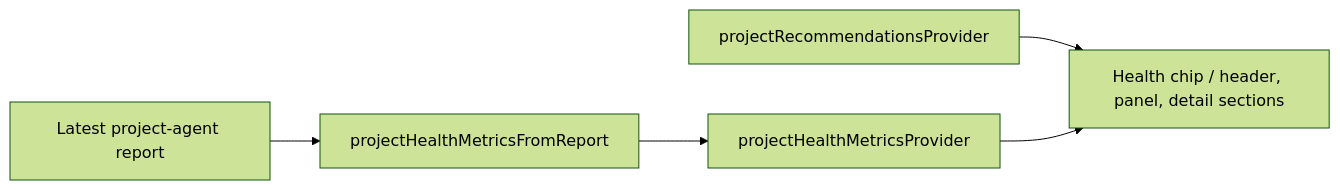
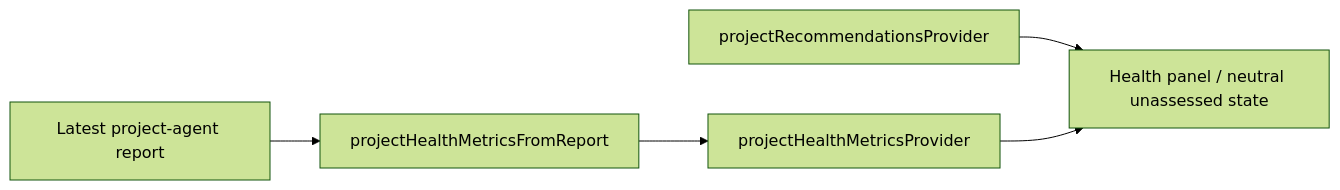
The fourth of 5 diagrams in knowledge/features/projects.md (matthiasn/lotti), drawn with Mermaid (forest theme) before and after one commit. The commit also changed other lines of this file and 67 other files, not shown here.

````diff
--- a/knowledge/features/projects.md
+++ b/knowledge/features/projects.md
@@ -182,7 +195,7 @@
 ```mermaid
 flowchart LR
   Report["Latest project-agent report"] --> Metrics["projectHealthMetricsFromReport"]
   Metrics --> HealthProv["projectHealthMetricsProvider"]
   Recos["projectRecommendationsProvider"] --> UI
-  HealthProv --> UI["Health chip / header, panel, detail sections"]
+  HealthProv --> UI["Health panel / neutral unassessed state"]
 ```
````
